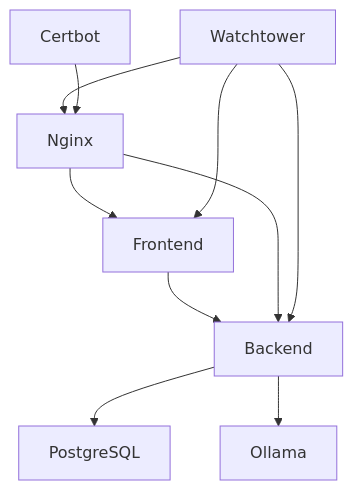
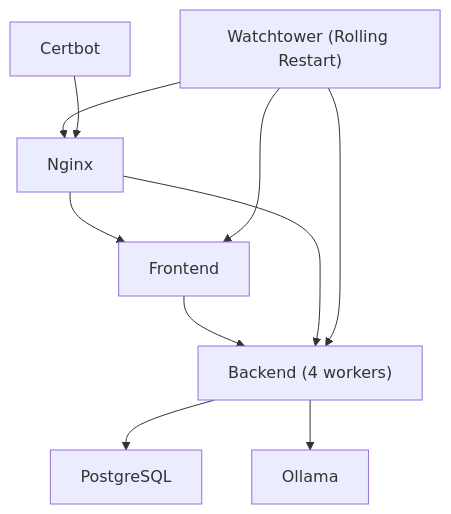
Before and after one commit to Revanththetalogics/aireume: the sixth of 7 diagrams in .qoder/repowiki/en/content/Deployment & DevOps/Deployment & DevOps.md, drawn with Mermaid. The commit also changed other lines of this file and 33 other files, not shown here.

````diff
--- a/.qoder/repowiki/en/content/Deployment & DevOps/Deployment & DevOps.md
+++ b/.qoder/repowiki/en/content/Deployment & DevOps/Deployment & DevOps.md
@@ -243,12 +254,12 @@
 ```mermaid
 graph TD
-Backend["Backend"] --> DB["PostgreSQL"]
+Backend["Backend (4 workers)"] --> DB["PostgreSQL"]
 Backend --> Ollama["Ollama"]
 Frontend["Frontend"] --> Backend
 Nginx["Nginx"] --> Frontend
 Nginx --> Backend
-Watchtower["Watchtower"] --> Backend
+Watchtower["Watchtower (Rolling Restart)"] --> Backend
 Watchtower --> Frontend
 Watchtower --> Nginx
 Certbot["Certbot"] --> Nginx
 ```
````
